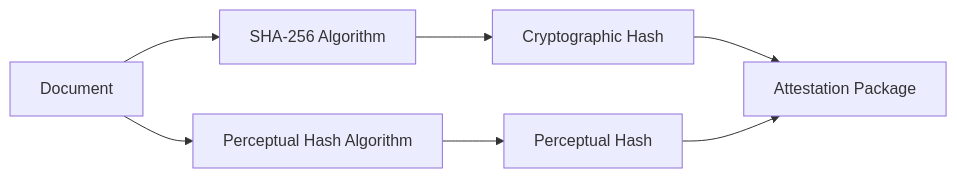
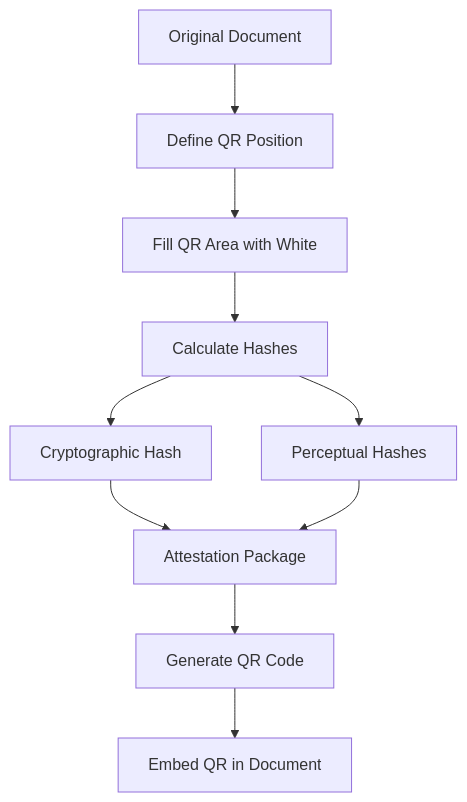
Before and after one commit to seal-codes/webapp: the sixth of 10 diagrams in ARCHITECTURE.md, drawn with Mermaid. The commit also changed other lines of this file and 1 other file, not shown here.

First line of the commit message:
Document QR code exclusion zone approach in architecture

````diff
--- a/ARCHITECTURE.md
+++ b/ARCHITECTURE.md
@@ -341,9 +341,12 @@
 ```mermaid
-flowchart LR
-    A[Document] --> B1[SHA-256 Algorithm]
-    A --> B2[Perceptual Hash Algorithm]
-    B1 --> C1[Cryptographic Hash]
-    B2 --> C2[Perceptual Hash]
-    C1 --> D[Attestation Package]
-    C2 --> D
+flowchart TD
+    A[Original Document] --> B[Define QR Position]
+    B --> C[Fill QR Area with White]
+    C --> D[Calculate Hashes]
+    D --> E1[Cryptographic Hash]
+    D --> E2[Perceptual Hashes]
+    E1 --> F[Attestation Package]
+    E2 --> F
+    F --> G[Generate QR Code]
+    G --> H[Embed QR in Document]
 ```
````
